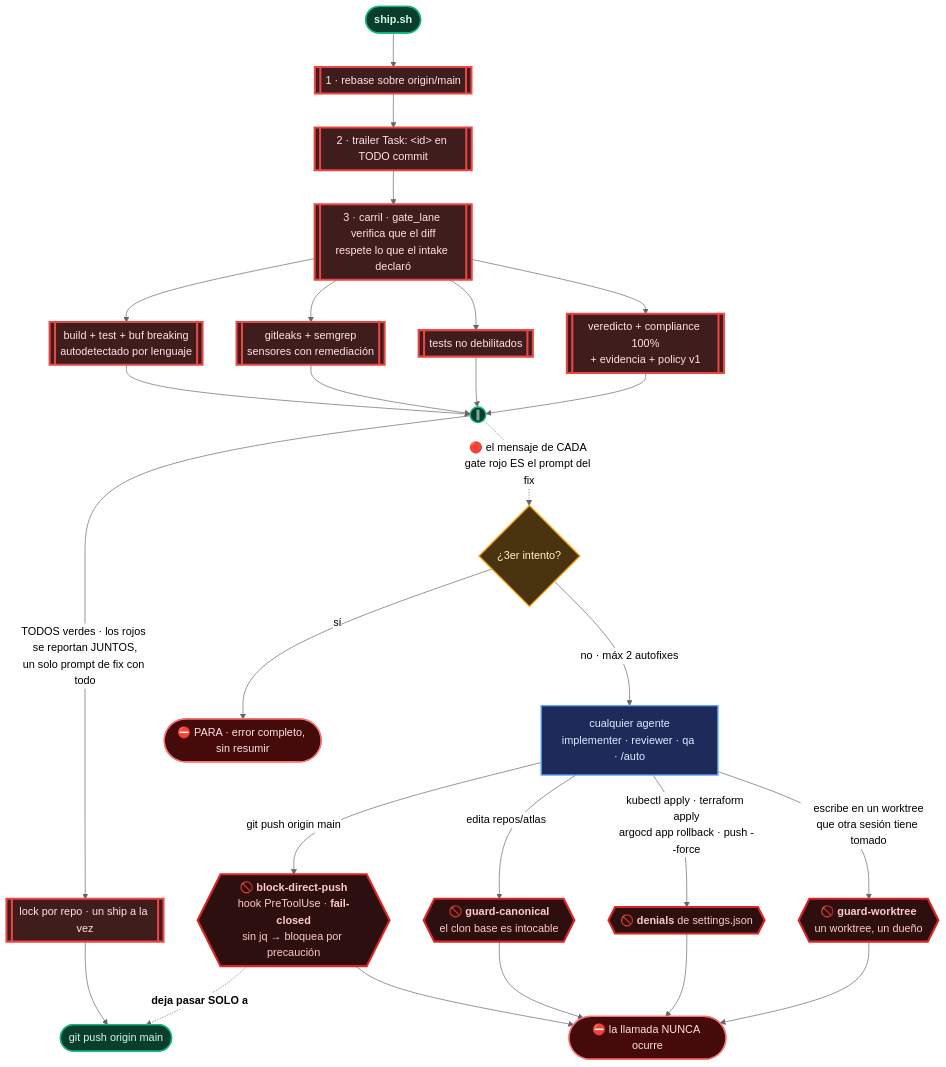
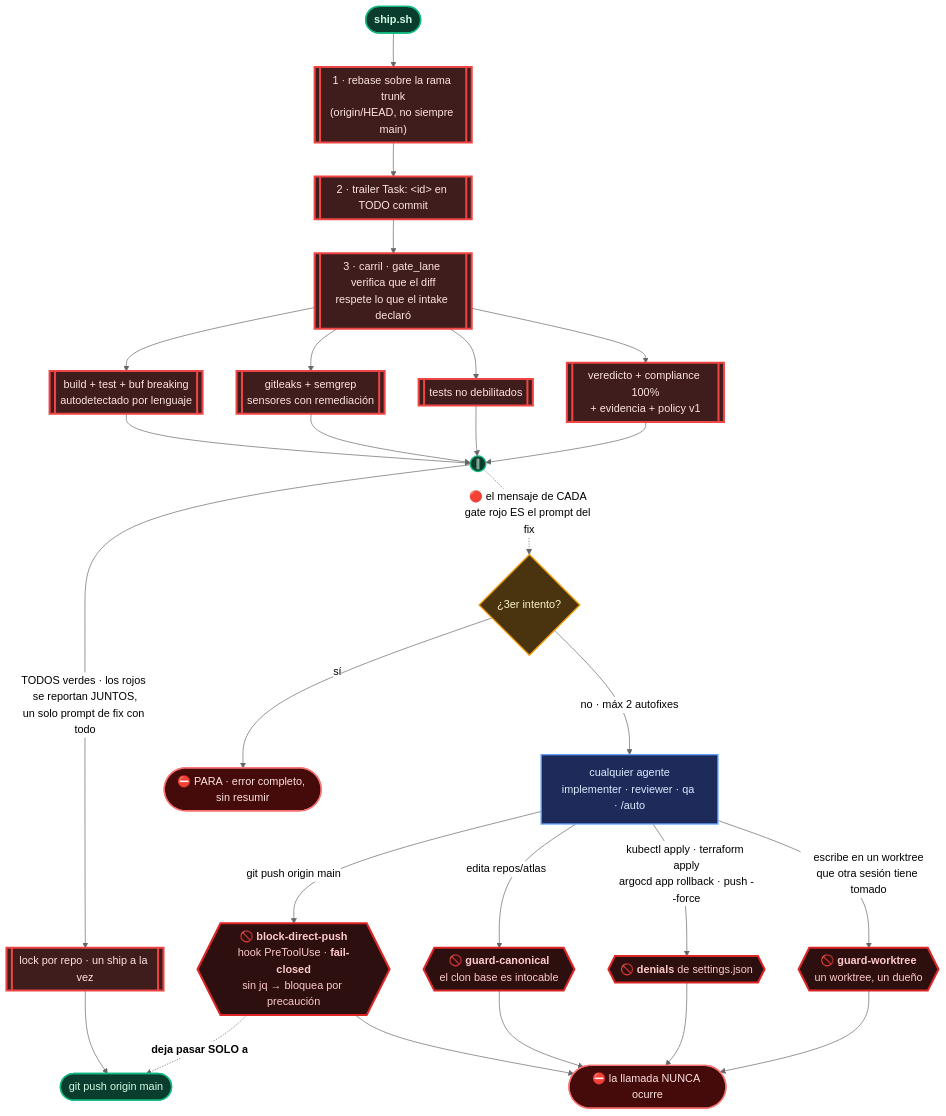
The fifth of 7 diagrams in README.md (andresgarcia29/harness-creator), drawn with Mermaid (neutral theme) before and after one commit. The commit also changed other lines of this file, not shown here.

````diff
--- a/README.md
+++ b/README.md
@@ -449,36 +455,36 @@
 ```mermaid
 flowchart TD
   A["cualquier agente<br/>implementer · reviewer · qa · /auto"]:::agent -->|"git push origin main"| H1{{"🚫 <b>block-direct-push</b><br/>hook PreToolUse · <b>fail-closed</b><br/>sin jq → bloquea por precaución"}}:::hook
   A -->|"edita repos/atlas"| H2{{"🚫 <b>guard-canonical</b><br/>el clon base es intocable"}}:::hook
   A -->|"escribe en un worktree<br/>que otra sesión tiene tomado"| H4{{"🚫 <b>guard-worktree</b><br/>un worktree, un dueño"}}:::hook
   A -->|"kubectl apply · terraform apply<br/>argocd app rollback · push --force"| H3{{"🚫 <b>denials</b> de settings.json"}}:::hook
   H1 --> X(["⛔ la llamada NUNCA ocurre"]):::stop
   H2 --> X
   H3 --> X
   H4 --> X
 
-  SH(["<b>ship.sh</b>"]):::script --> G1[["1 · rebase sobre origin/main"]]:::gate
+  SH(["<b>ship.sh</b>"]):::script --> G1[["1 · rebase sobre la rama trunk<br/>(origin/HEAD, no siempre main)"]]:::gate
   G1 --> G2[["2 · trailer Task: &lt;id&gt; en TODO commit"]]:::gate
   G2 --> GL[["3 · carril · gate_lane verifica que el diff<br/>respete lo que el intake declaró"]]:::gate
   GL --> G3[["build + test + buf breaking<br/>autodetectado por lenguaje"]]:::gate
   GL --> G5[["gitleaks + semgrep<br/>sensores con remediación"]]:::gate
   GL --> GT[["tests no debilitados"]]:::gate
   GL --> G7[["veredicto + compliance 100%<br/>+ evidencia + policy v1"]]:::gate
   G3 --> J(("∥")):::script
   G5 --> J
   GT --> J
   G7 --> J
   J -->|"TODOS verdes · los rojos se reportan JUNTOS,<br/>un solo prompt de fix con todo"| G8[["lock por repo · un ship a la vez"]]:::gate
   G8 --> P(["git push origin main"]):::script
   H1 -.->|"<b>deja pasar SOLO a</b>"| P
   J -.->|"🔴 el mensaje de CADA gate rojo ES el prompt del fix"| F{"¿3er intento?"}:::dec
   F -->|"no · máx 2 autofixes"| A
   F -->|"sí"| ST(["⛔ PARA · error completo, sin resumir"]):::stop
 
 classDef agent fill:#1e2a5a,stroke:#60a5fa,stroke-width:2px,color:#dbeafe
 classDef dec fill:#4a3410,stroke:#f59e0b,stroke-width:2px,color:#fef3c7
 classDef gate fill:#3f1d1d,stroke:#ef4444,stroke-width:3px,color:#fee2e2
 classDef hook fill:#2d0f0f,stroke:#dc2626,stroke-width:3px,color:#fecaca
 classDef stop fill:#450a0a,stroke:#f87171,stroke-width:2px,color:#fee2e2
 classDef script fill:#0b3d2e,stroke:#10b981,stroke-width:2px,color:#d1fae5
 ```
````
